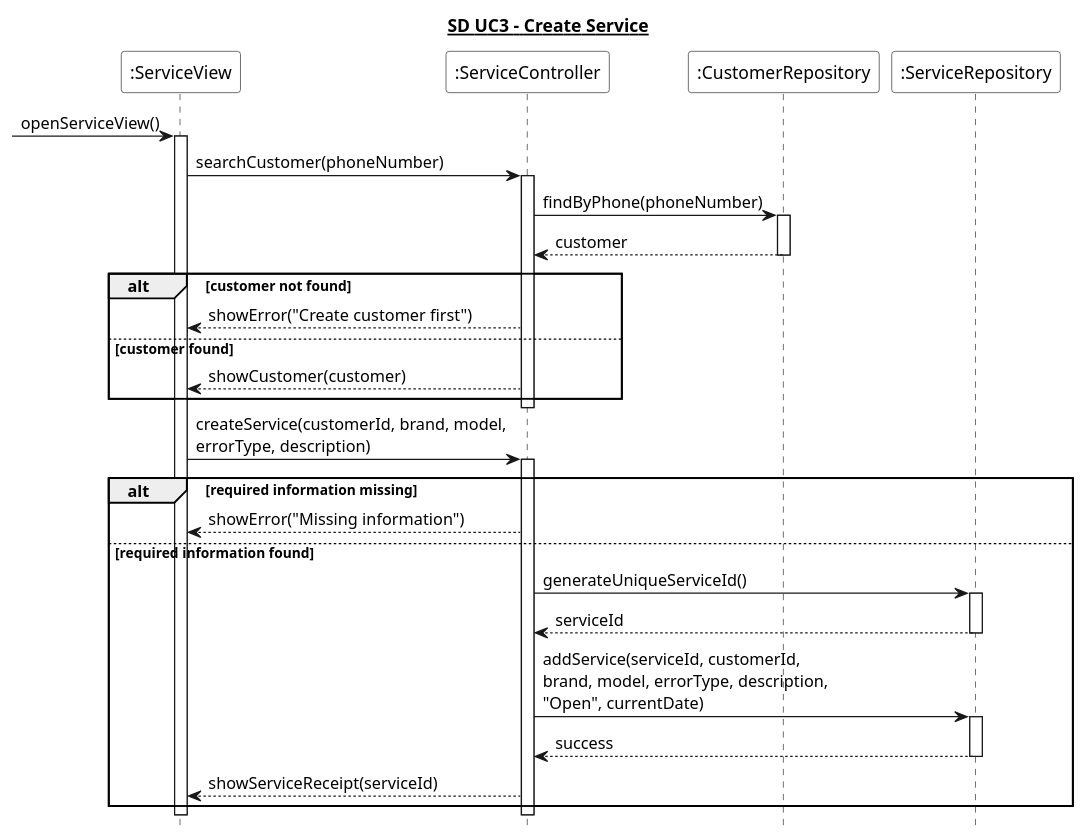
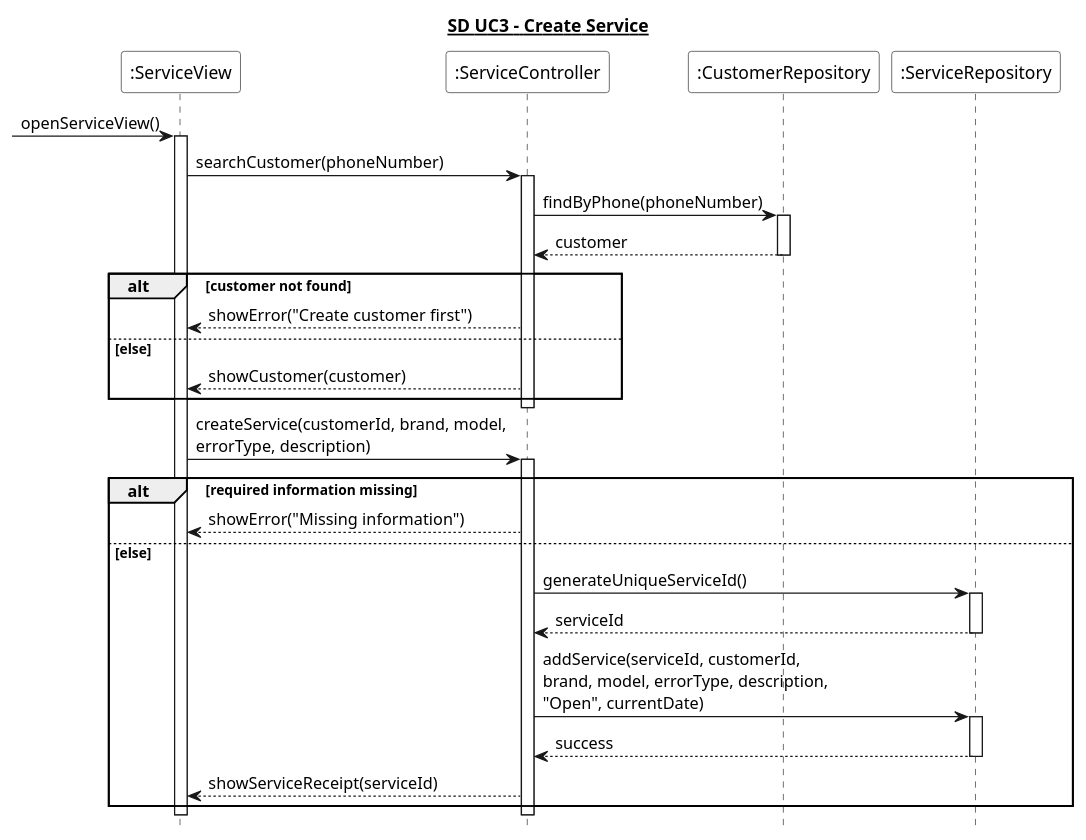
Before and after one commit to Zoabz/Getting-Real: the diagram in 6. Sekvens Diagrammer/UC3_opret_service.puml, drawn with PlantUML. The commit also changed 7 other files, not shown here.

```diff
--- a/6. Sekvens Diagrammer/UC3_opret_service.puml
+++ b/6. Sekvens Diagrammer/UC3_opret_service.puml
@@ -1,52 +1,52 @@
 @startuml
 hide footbox
 title <U>SD UC3 - Create Service
 
 participant ":ServiceView" as View #White
 participant ":ServiceController" as Controller #White
 participant ":CustomerRepository" as Customers #White
 participant ":ServiceRepository" as Services #White
 
 [-> View : openServiceView()
 activate View
 
 View -> Controller : searchCustomer(phoneNumber)
 activate Controller
 
 Controller -> Customers : findByPhone(phoneNumber)
 activate Customers
 Customers --> Controller : customer
 deactivate Customers
 
 alt customer not found
     Controller --> View : showError("Create customer first")
-else customer found
+else else
     Controller --> View : showCustomer(customer)
 end
 
 deactivate Controller
 
 View -> Controller : createService(customerId, brand, model,\nerrorType, description)
 activate Controller
 
 alt required information missing
     Controller --> View : showError("Missing information")
 
-else required information found
+else else
     Controller -> Services : generateUniqueServiceId()
     activate Services
     Services --> Controller : serviceId
     deactivate Services
 
     Controller -> Services : addService(serviceId, customerId,\nbrand, model, errorType, description,\n"Open", currentDate)
     activate Services
     Services --> Controller : success
     deactivate Services
 
     Controller --> View : showServiceReceipt(serviceId)
 end
 
 deactivate Controller
 deactivate View
 
 @enduml
```
